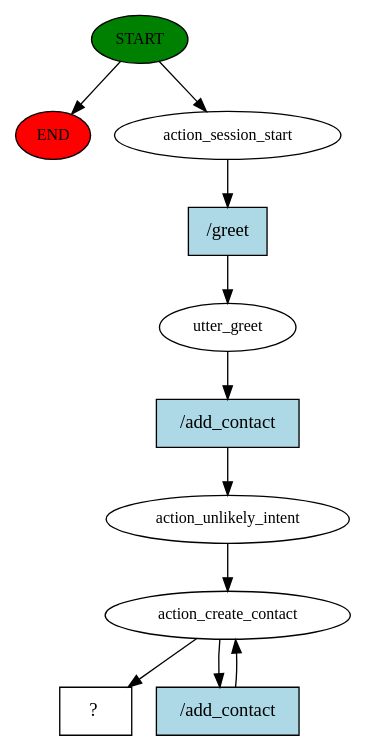
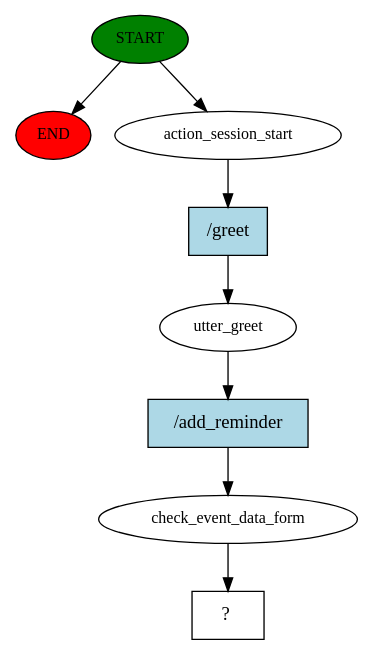
The diagram in rasa-assistant/story_graph.dot (BernardoLeandro1/PI), drawn with Graphviz before and after one commit. The commit also changed 160 other files, not shown here.

```diff
--- a/rasa-assistant/story_graph.dot
+++ b/rasa-assistant/story_graph.dot
@@ -1,22 +1,17 @@
 digraph  {
 0 [class="start active", fillcolor=green, fontsize=12, label=START, style=filled];
 "-1" [class=end, fillcolor=red, fontsize=12, label=END, style=filled];
 1 [class=active, fontsize=12, label=action_session_start];
 2 [class=active, fontsize=12, label=utter_greet];
-3 [class=active, fontsize=12, label=action_unlikely_intent];
-4 [class=active, fontsize=12, label=action_create_contact];
-6 [class="intent dashed active", label="  ?  ", shape=rect];
-7 [class="intent active", fillcolor=lightblue, label="/greet", shape=rect, style=filled];
-8 [class="intent active", fillcolor=lightblue, label="/add_contact", shape=rect, style=filled];
-9 [class="intent active", fillcolor=lightblue, label="/add_contact", shape=rect, style=filled];
+3 [class=active, fontsize=12, label=check_event_data_form];
+4 [class="intent dashed active", label="  ?  ", shape=rect];
+5 [class="intent active", fillcolor=lightblue, label="/greet", shape=rect, style=filled];
+6 [class="intent active", fillcolor=lightblue, label="/add_reminder", shape=rect, style=filled];
 0 -> "-1"  [class="", key=NONE, label=""];
 0 -> 1  [class=active, key=NONE, label=""];
-1 -> 7  [class=active, key=0];
-2 -> 8  [class=active, key=0];
+1 -> 5  [class=active, key=0];
+2 -> 6  [class=active, key=0];
 3 -> 4  [class=active, key=NONE, label=""];
-4 -> 6  [class=active, key=NONE, label=""];
-4 -> 9  [class=active, key=0];
-7 -> 2  [class=active, key=0];
-8 -> 3  [class=active, key=0];
-9 -> 4  [class=active, key=0];
+5 -> 2  [class=active, key=0];
+6 -> 3  [class=active, key=0];
 }
```
